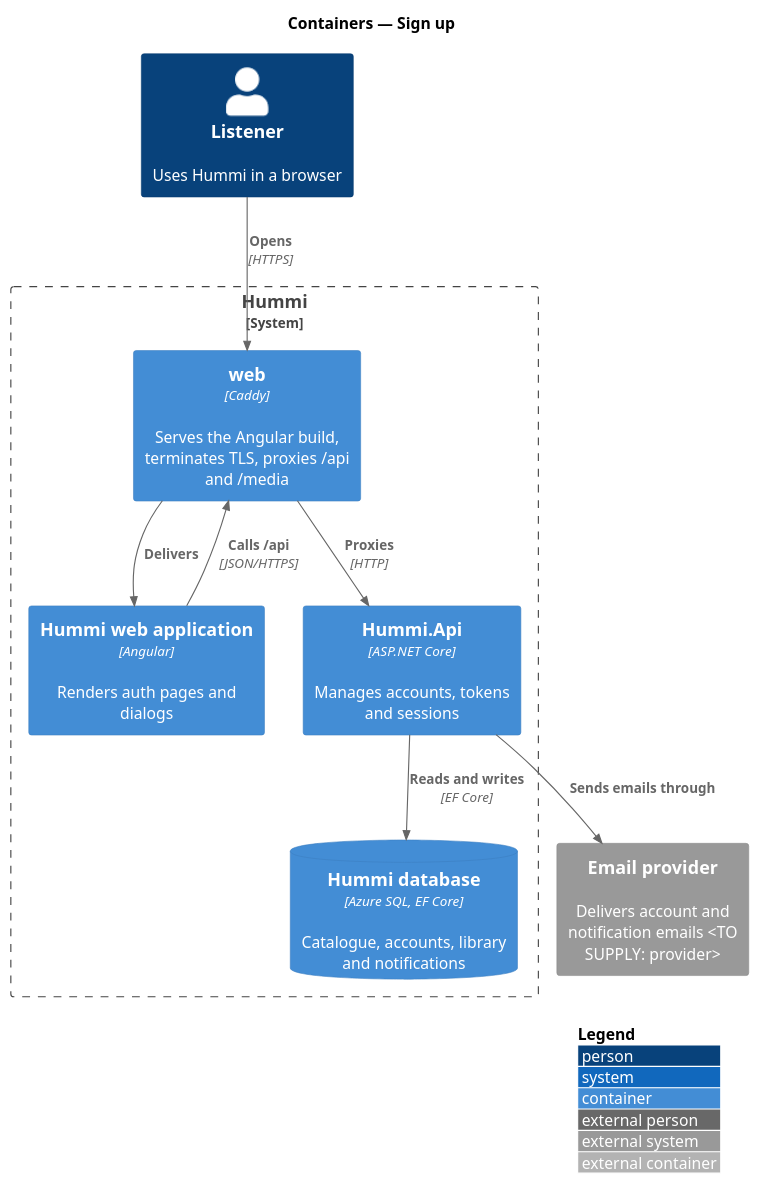
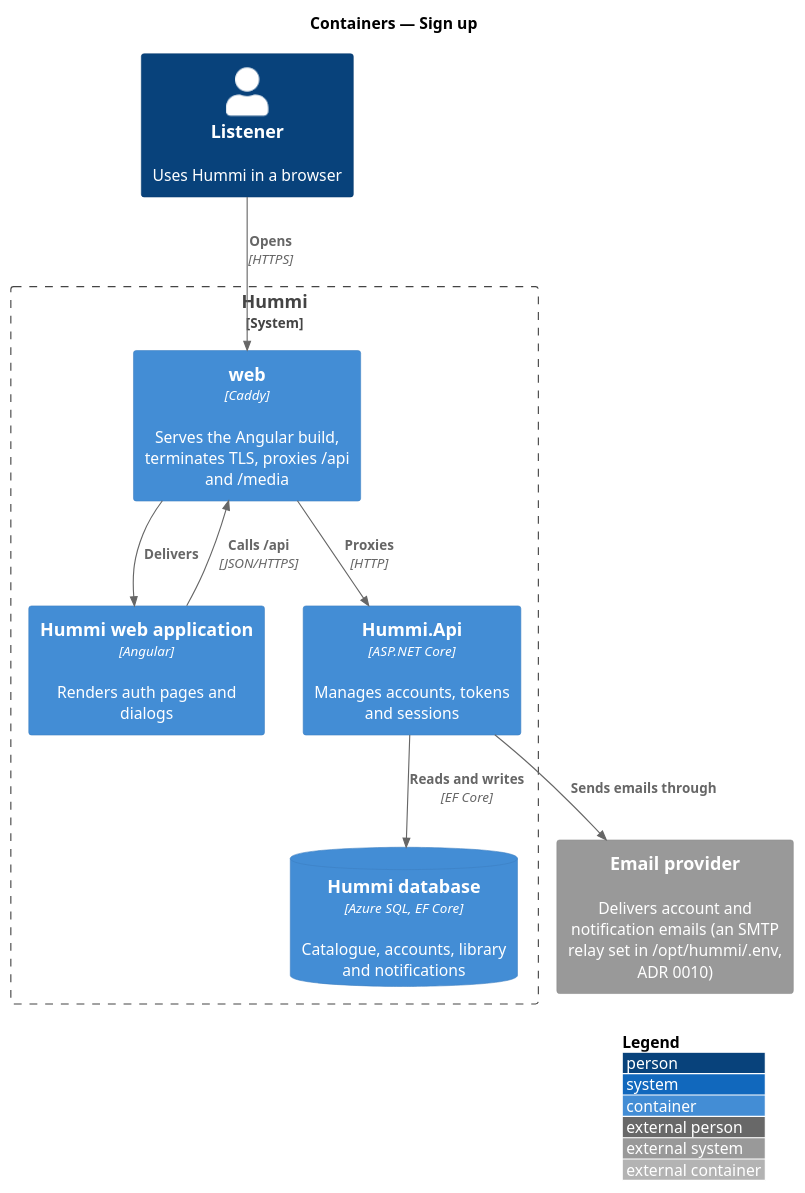
One commit to QuinntyneBrown/hummi changed the diagram in docs/detailed-designs/accounts/sign-up/diagrams/c4-container.puml. Above: the diagram before and after it, drawn with PlantUML. The commit also changed 206 other files, not shown here.

First line of the commit message:
Create an account and sign in: sign up, verify email, sign in, sign out and the sign-in prompt

```diff
--- a/docs/detailed-designs/accounts/sign-up/diagrams/c4-container.puml
+++ b/docs/detailed-designs/accounts/sign-up/diagrams/c4-container.puml
@@ -1,20 +1,20 @@
 @startuml
 !include <C4/C4_Container>
 LAYOUT_WITH_LEGEND()
 title Containers — Sign up
 
 Person(listener, "Listener", "Uses Hummi in a browser")
 System_Boundary(hummi, "Hummi") {
   Container(web, "web", "Caddy", "Serves the Angular build, terminates TLS, proxies /api and /media")
   Container(spa, "Hummi web application", "Angular", "Renders auth pages and dialogs")
   Container(api, "Hummi.Api", "ASP.NET Core", "Manages accounts, tokens and sessions")
   ContainerDb(db, "Hummi database", "Azure SQL, EF Core", "Catalogue, accounts, library and notifications")
 }
-System_Ext(email, "Email provider", "Delivers account and notification emails <TO SUPPLY: provider>")
+System_Ext(email, "Email provider", "Delivers account and notification emails (an SMTP relay set in /opt/hummi/.env, ADR 0010)")
 Rel(listener, web, "Opens", "HTTPS")
 Rel(web, spa, "Delivers")
 Rel(spa, web, "Calls /api", "JSON/HTTPS")
 Rel(web, api, "Proxies", "HTTP")
 Rel(api, db, "Reads and writes", "EF Core")
 Rel(api, email, "Sends emails through")
 @enduml
```
